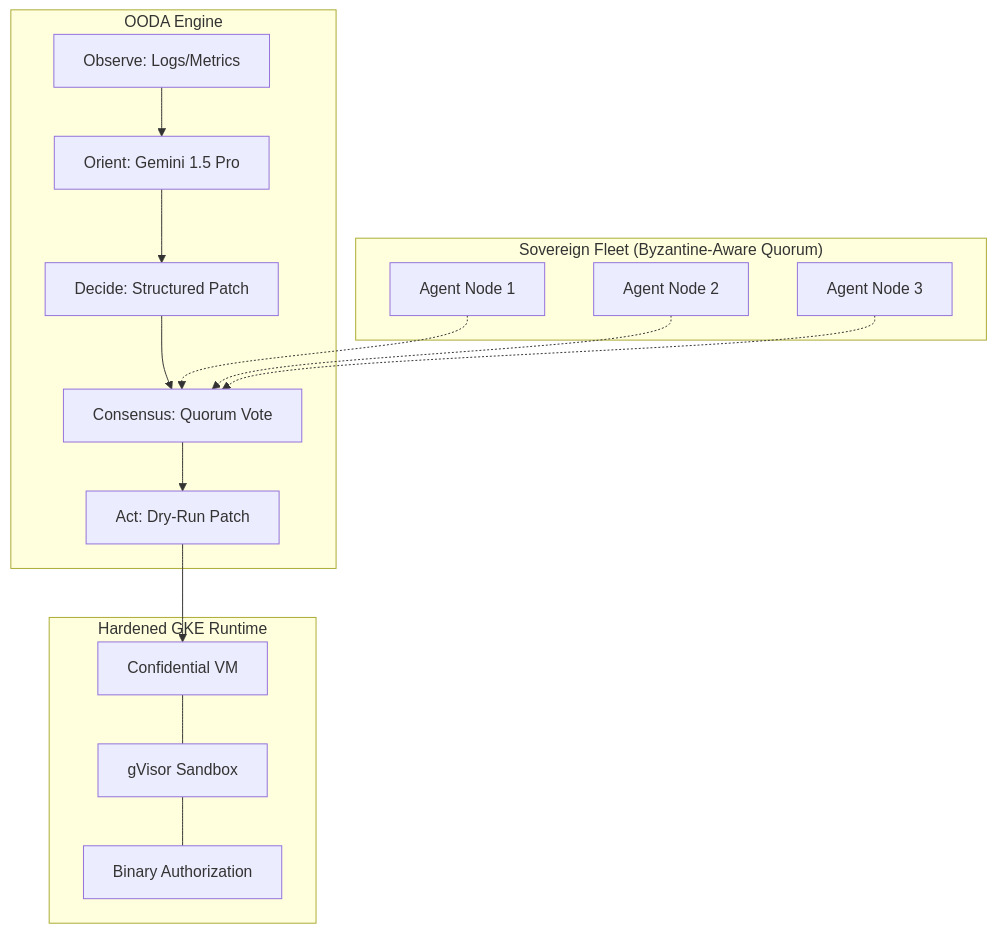
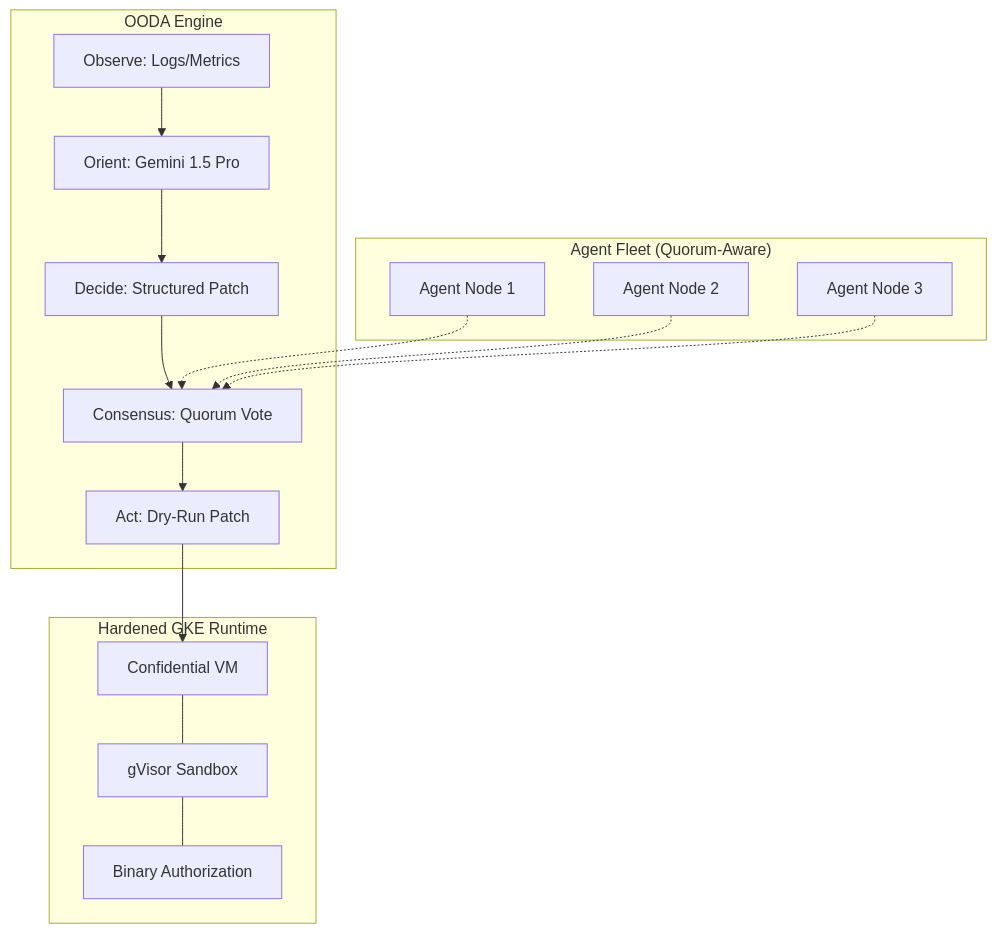
Before and after one commit to anandkrshnn-ai/gcp-qe-architecture: the diagram in README.md, drawn with Mermaid. The commit also changed other lines of this file and 1 other file, not shown here.

````diff
--- a/README.md
+++ b/README.md
@@ -12,28 +12,28 @@
 ```mermaid
 graph TD
-    subgraph "Sovereign Fleet (Byzantine-Aware Quorum)"
+    subgraph "Agent Fleet (Quorum-Aware)"
         A1[Agent Node 1]
         A2[Agent Node 2]
         A3[Agent Node 3]
     end
 
     subgraph "OODA Engine"
         OBS[Observe: Logs/Metrics] --> ORI[Orient: Gemini 1.5 Pro]
         ORI --> DEC[Decide: Structured Patch]
         DEC --> CONS[Consensus: Quorum Vote]
         CONS --> ACT[Act: Dry-Run Patch]
     end
 
     subgraph "Hardened GKE Runtime"
         G1[Confidential VM]
         G2[gVisor Sandbox]
         G3[Binary Authorization]
     end
 
     A1 -.-> CONS
     A2 -.-> CONS
     A3 -.-> CONS
     ACT --> G1
     G1 --- G2
     G2 --- G3
 ```
````
